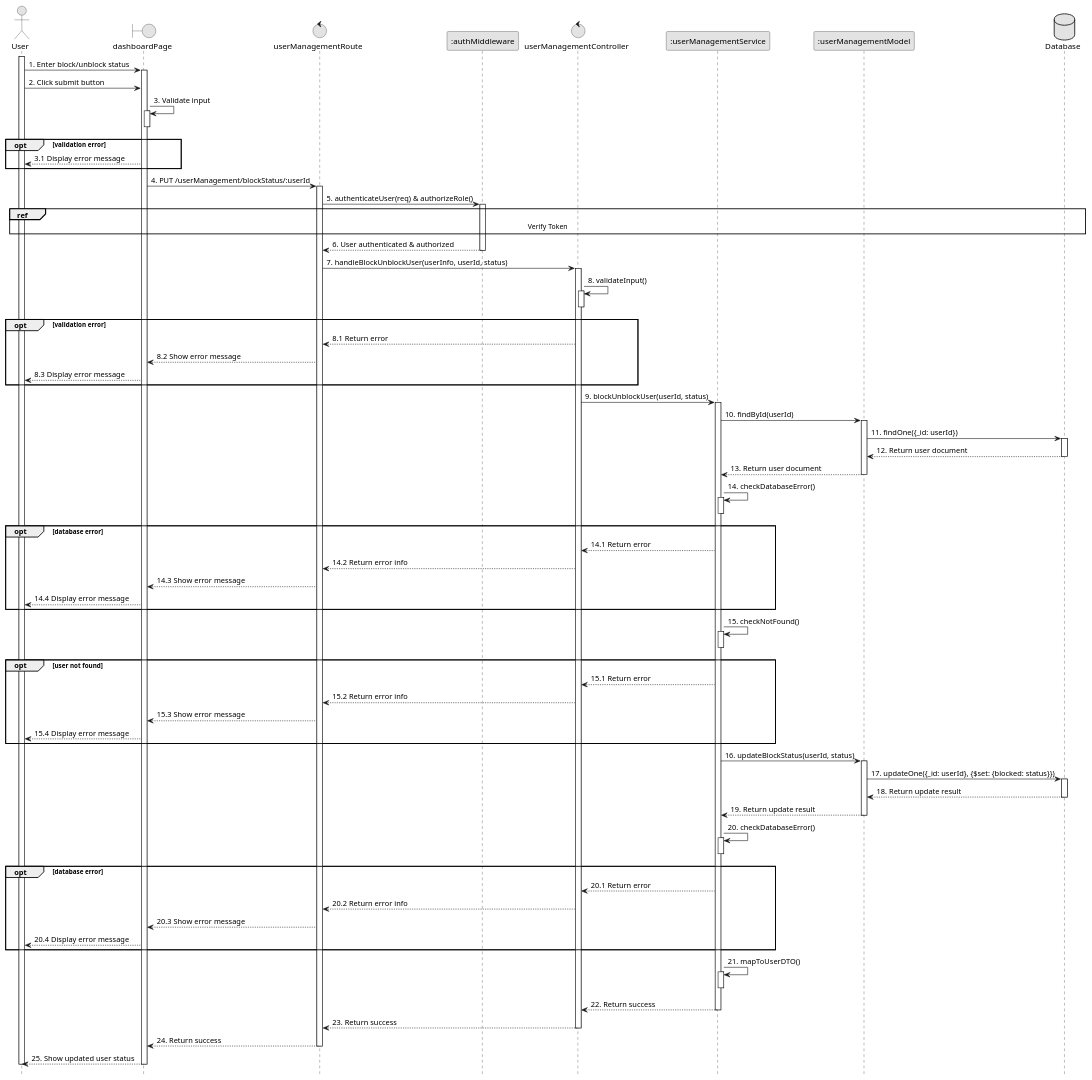
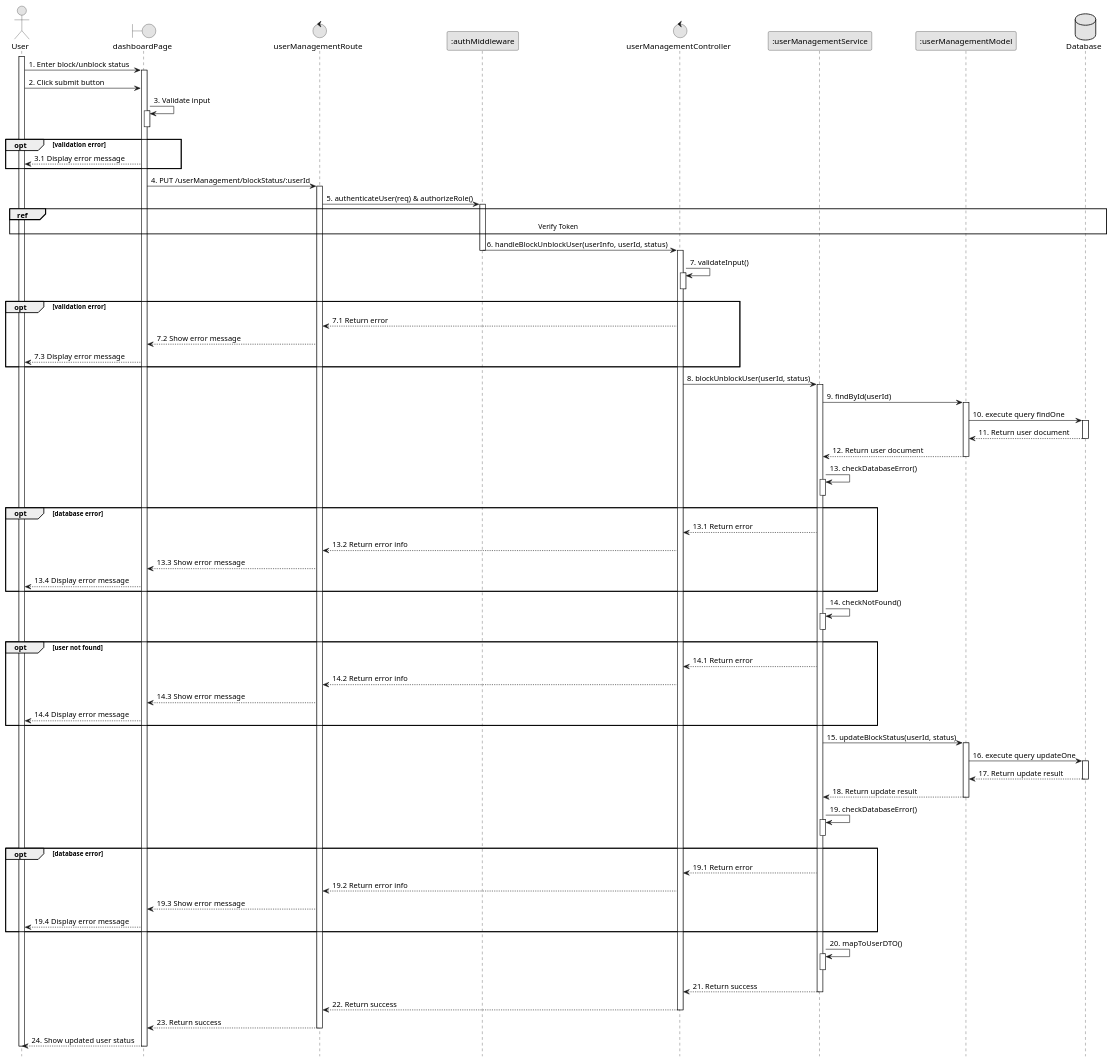
The diagram in planuml/web/12.1.2_BlockUnblockUser.puml (VietDurian/VietDurian), drawn with PlantUML before and after one commit. The commit also changed 22 other files, not shown here.

Commit message:
ViVLT: Edit sequences

```diff
--- a/planuml/web/12.1.2_BlockUnblockUser.puml
+++ b/planuml/web/12.1.2_BlockUnblockUser.puml
@@ -1,102 +1,101 @@
 @startuml 12.1.2_BlockUnblockUser
 skinparam monochrome true
 skinparam shadowing false
 skinparam sequenceArrowThickness 1
 hide footbox
 
 actor User
 boundary dashboardPage as UI
 control userManagementRoute as Route
 participant ":authMiddleware" as Middleware
 control userManagementController as Controller
 participant ":userManagementService" as Service
 participant ":userManagementModel" as Model
 database Database as DB
 
 activate User
 User -> UI : 1. Enter block/unblock status
 activate UI
 User -> UI : 2. Click submit button
 UI -> UI : 3. Validate input
 activate UI
 deactivate UI
 opt validation error
     UI --> User : 3.1 Display error message
 end
 UI -> Route : 4. PUT /userManagement/blockStatus/:userId
 activate Route
 Route -> Middleware : 5. authenticateUser(req) & authorizeRole()
 activate Middleware
 ref over User, DB: Verify Token
-Middleware --> Route : 6. User authenticated & authorized
+Middleware -> Controller : 6. handleBlockUnblockUser(userInfo, userId, status)
 deactivate Middleware
-Route -> Controller : 7. handleBlockUnblockUser(userInfo, userId, status)
 activate Controller
-Controller -> Controller : 8. validateInput()
+Controller -> Controller : 7. validateInput()
 activate Controller
 deactivate Controller
 opt validation error
-    Controller --> Route : 8.1 Return error
-    Route --> UI : 8.2 Show error message
-    UI --> User : 8.3 Display error message
+    Controller --> Route : 7.1 Return error
+    Route --> UI : 7.2 Show error message
+    UI --> User : 7.3 Display error message
 end
-Controller -> Service : 9. blockUnblockUser(userId, status)
+Controller -> Service : 8. blockUnblockUser(userId, status)
 activate Service
-Service -> Model : 10. findById(userId)
+Service -> Model : 9. findById(userId)
 activate Model
-Model -> DB : 11. findOne({_id: userId})
+Model -> DB : 10. execute query findOne
 activate DB
-DB --> Model : 12. Return user document
+DB --> Model : 11. Return user document
 deactivate DB
-Model --> Service : 13. Return user document
+Model --> Service : 12. Return user document
 deactivate Model
-Service -> Service : 14. checkDatabaseError()
+Service -> Service : 13. checkDatabaseError()
 activate Service
 deactivate Service
 opt database error
+    Service --> Controller : 13.1 Return error
+    Controller --> Route : 13.2 Return error info
+    Route --> UI : 13.3 Show error message
+    UI --> User : 13.4 Display error message
+end
+Service -> Service : 14. checkNotFound()
+activate Service
+deactivate Service
+opt user not found
     Service --> Controller : 14.1 Return error
     Controller --> Route : 14.2 Return error info
     Route --> UI : 14.3 Show error message
     UI --> User : 14.4 Display error message
 end
-Service -> Service : 15. checkNotFound()
-activate Service
-deactivate Service
-opt user not found
-    Service --> Controller : 15.1 Return error
-    Controller --> Route : 15.2 Return error info
-    Route --> UI : 15.3 Show error message
-    UI --> User : 15.4 Display error message
-end
-Service -> Model : 16. updateBlockStatus(userId, status)
+Service -> Model : 15. updateBlockStatus(userId, status)
 activate Model
-Model -> DB : 17. updateOne({_id: userId}, {$set: {blocked: status}})
+Model -> DB : 16. execute query updateOne
 activate DB
-DB --> Model : 18. Return update result
+DB --> Model : 17. Return update result
 deactivate DB
-Model --> Service : 19. Return update result
+Model --> Service : 18. Return update result
 deactivate Model
-Service -> Service : 20. checkDatabaseError()
+Service -> Service : 19. checkDatabaseError()
 activate Service
 deactivate Service
 opt database error
-    Service --> Controller : 20.1 Return error
-    Controller --> Route : 20.2 Return error info
-    Route --> UI : 20.3 Show error message
-    UI --> User : 20.4 Display error message
+    Service --> Controller : 19.1 Return error
+    Controller --> Route : 19.2 Return error info
+    Route --> UI : 19.3 Show error message
+    UI --> User : 19.4 Display error message
 end
-Service -> Service : 21. mapToUserDTO()
+Service -> Service : 20. mapToUserDTO()
 activate Service
 deactivate Service
-Service --> Controller : 22. Return success
+Service --> Controller : 21. Return success
 deactivate Service
-Controller --> Route : 23. Return success
+Controller --> Route : 22. Return success
 deactivate Controller
-Route --> UI : 24. Return success
+Route --> UI : 23. Return success
 deactivate Route
 
-UI --> User : 25. Show updated user status
+UI --> User : 24. Show updated user status
 deactivate UI
 deactivate User
 
 @enduml
```
